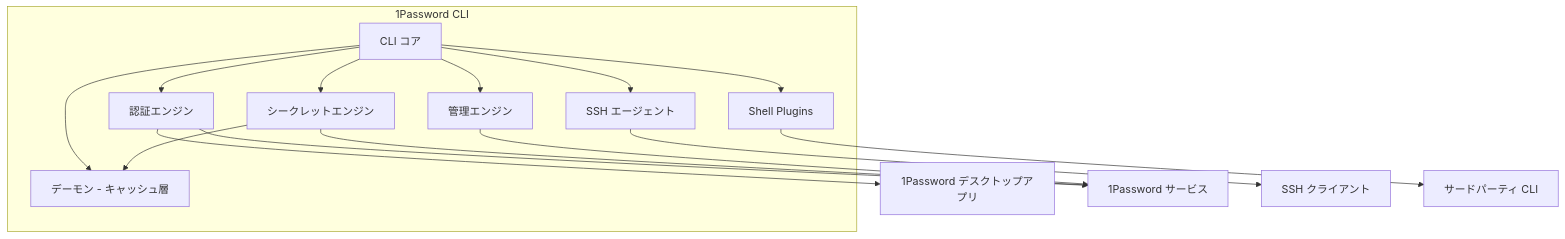
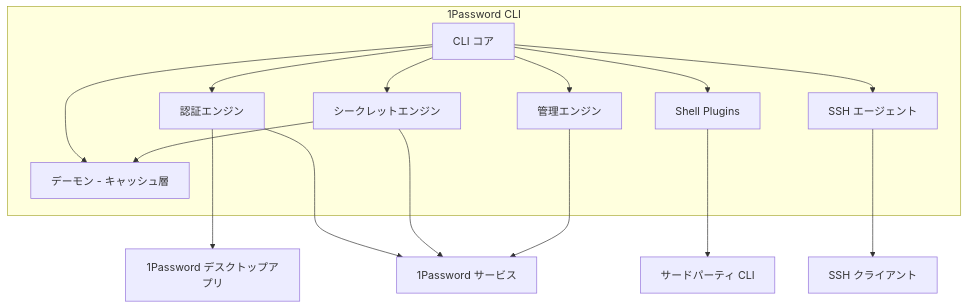
One commit to suwa-sh/zenn-contents changed the second of 7 diagrams in articles/1password_cli_20260225.md. Above: the diagram before and after it, drawn with Mermaid. The commit also changed other lines of this file, not shown here.

Commit message:
publish: 技術調査 - 1Password CLI

````diff
--- a/articles/1password_cli_20260225.md
+++ b/articles/1password_cli_20260225.md
@@ -153,26 +154,26 @@
 ```mermaid
 graph TD
     subgraph CLI["1Password CLI"]
         Core["CLI コア"]
         AuthEngine["認証エンジン"]
         SecretEngine["シークレットエンジン"]
         ShellPlugins["Shell Plugins"]
         SSHAgent["SSH エージェント"]
         AdminEngine["管理エンジン"]
         Daemon["デーモン - キャッシュ層"]
     end
 
     Core --> AuthEngine
     Core --> SecretEngine
     Core --> ShellPlugins
     Core --> SSHAgent
     Core --> AdminEngine
     Core --> Daemon
-    AuthEngine --> DesktopApp["1Password デスクトップアプリ"]
-    AuthEngine --> 1PService["1Password サービス"]
-    SecretEngine --> 1PService
+    AuthEngine ---> DesktopApp["1Password デスクトップアプリ"]
+    AuthEngine ---> 1PService["1Password サービス"]
+    SecretEngine ---> 1PService
     SecretEngine --> Daemon
-    SSHAgent --> SSHClient["SSH クライアント"]
-    ShellPlugins --> ThirdPartyCLI["サードパーティ CLI"]
-    AdminEngine --> 1PService
+    SSHAgent ---> SSHClient["SSH クライアント"]
+    ShellPlugins ---> ThirdPartyCLI["サードパーティ CLI"]
+    AdminEngine ---> 1PService
 ```
````
